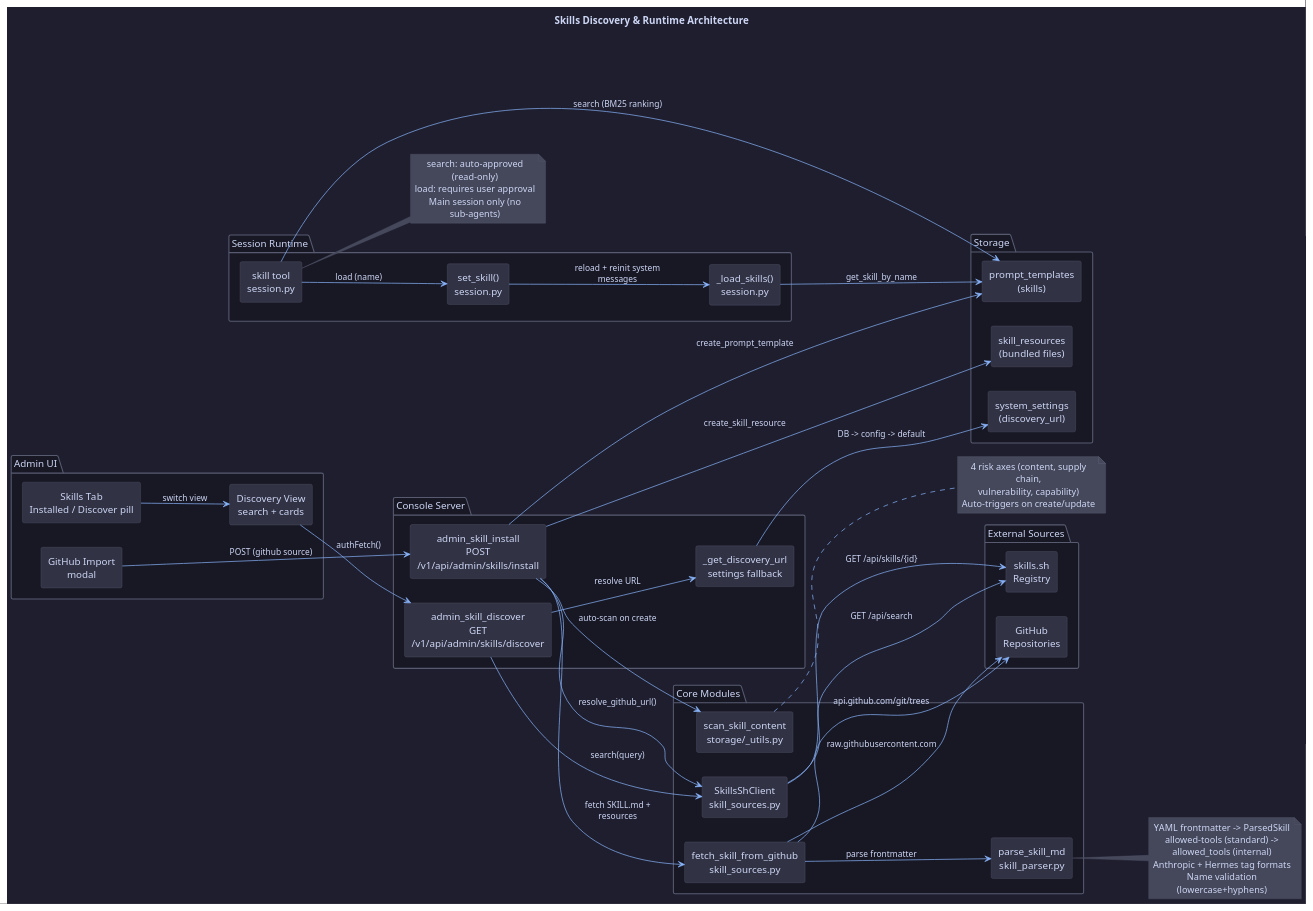
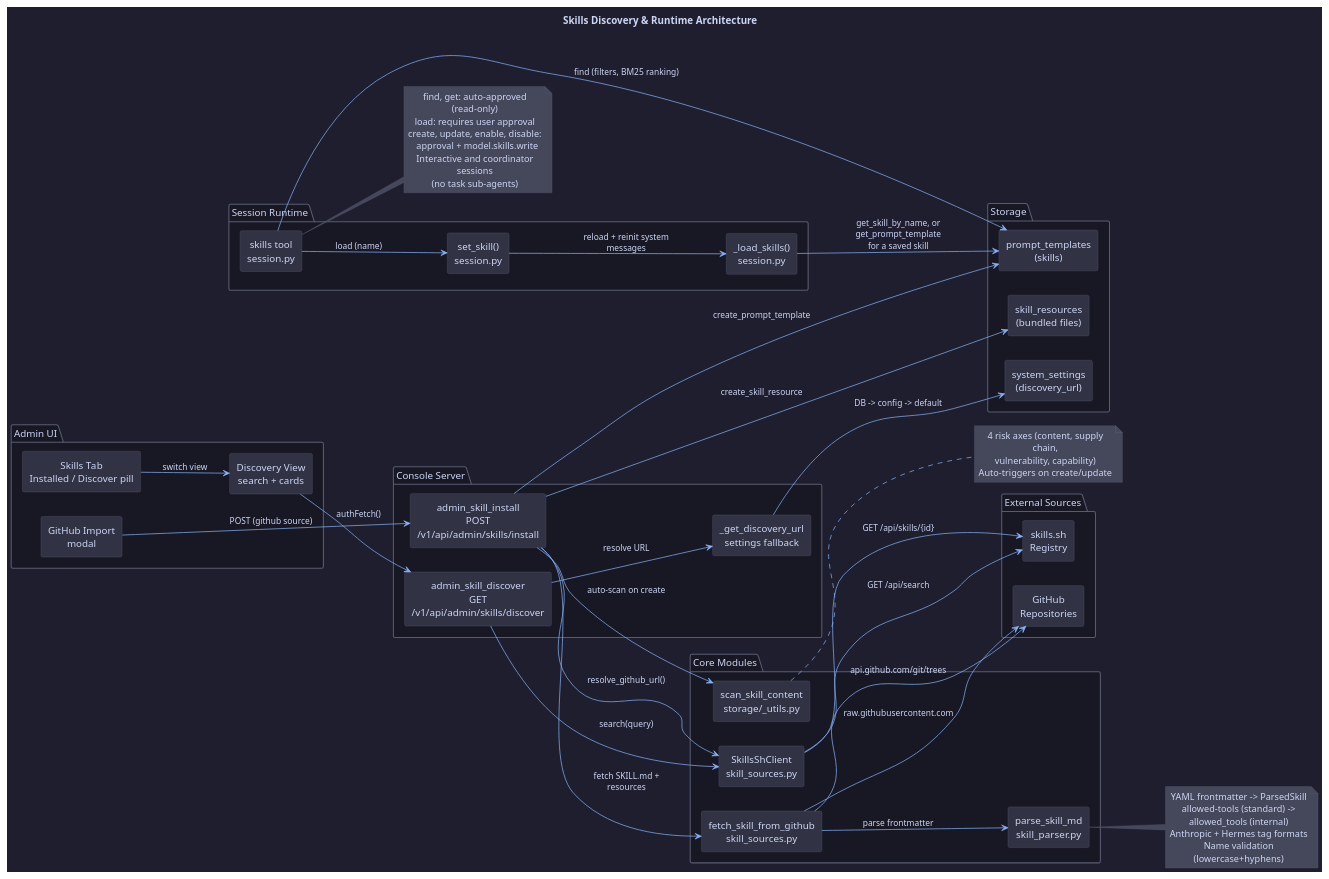
Before and after one commit to turnstonelabs/turnstone: the diagram in docs/diagrams/26-skills-discovery-architecture.puml, drawn with PlantUML. The commit also changed 84 other files, not shown here.

```diff
--- a/docs/diagrams/26-skills-discovery-architecture.puml
+++ b/docs/diagrams/26-skills-discovery-architecture.puml
@@ -1,100 +1,103 @@
 @startuml
 !include https://raw.githubusercontent.com/plantuml-stdlib/C4-PlantUML/master/C4_Component.puml
 LAYOUT_LEFT_RIGHT()
 
 title Skills Discovery & Runtime Architecture
 
 skinparam backgroundColor #1e1e2e
 skinparam defaultFontColor #cdd6f4
 skinparam defaultFontName "JetBrains Mono"
 skinparam arrowColor #89b4fa
 skinparam rectangleBorderColor #585b70
 skinparam rectangleBackgroundColor #313244
 skinparam noteBorderColor #585b70
 skinparam noteBackgroundColor #45475a
 skinparam packageBorderColor #585b70
 
 package "External Sources" as ext #181825 {
   rectangle "skills.sh\nRegistry" as skillssh
   rectangle "GitHub\nRepositories" as github
 }
 
 package "Console Server" as console #181825 {
   rectangle "admin_skill_discover\nGET /v1/api/admin/skills/discover" as discover
   rectangle "admin_skill_install\nPOST /v1/api/admin/skills/install" as install
   rectangle "_get_discovery_url\nsettings fallback" as settings
 }
 
 package "Core Modules" as core #181825 {
   rectangle "SkillsShClient\nskill_sources.py" as client
   rectangle "fetch_skill_from_github\nskill_sources.py" as fetcher
   rectangle "parse_skill_md\nskill_parser.py" as parser
   rectangle "scan_skill_content\nstorage/_utils.py" as scanner
 }
 
 package "Session Runtime" as runtime #181825 {
-  rectangle "skill tool\nsession.py" as loadtool
+  rectangle "skills tool\nsession.py" as loadtool
   rectangle "set_skill()\nsession.py" as setskill
   rectangle "_load_skills()\nsession.py" as loadskills
 }
 
 package "Storage" as storage #181825 {
   rectangle "prompt_templates\n(skills)" as skills_table
   rectangle "skill_resources\n(bundled files)" as resources_table
   rectangle "system_settings\n(discovery_url)" as settings_table
 }
 
 package "Admin UI" as ui #181825 {
   rectangle "Skills Tab\nInstalled / Discover pill" as pill
   rectangle "Discovery View\nsearch + cards" as discoverui
   rectangle "GitHub Import\nmodal" as importui
 }
 
 ' External discovery flow
 discover --> settings : resolve URL
 settings --> settings_table : DB -> config -> default
 discover --> client : search(query)
 client --> skillssh : GET /api/search
 
 install --> client : resolve_github_url()
 client --> skillssh : GET /api/skills/{id}
 install --> fetcher : fetch SKILL.md + resources
 fetcher --> github : raw.githubusercontent.com
 fetcher --> github : api.github.com/git/trees
 fetcher --> parser : parse frontmatter
 install --> scanner : auto-scan on create
 install --> skills_table : create_prompt_template
 install --> resources_table : create_skill_resource
 
 ' Runtime skill loading flow
-loadtool --> skills_table : search (BM25 ranking)
+loadtool --> skills_table : find (filters, BM25 ranking)
 loadtool --> setskill : load (name)
 setskill --> loadskills : reload + reinit system messages
-loadskills --> skills_table : get_skill_by_name
+loadskills --> skills_table : get_skill_by_name, or\nget_prompt_template\nfor a saved skill
 
 ' UI flow
 pill --> discoverui : switch view
 discoverui --> discover : authFetch()
 importui --> install : POST (github source)
 
 ' Annotations
 note right of parser
   YAML frontmatter -> ParsedSkill
   allowed-tools (standard) -> allowed_tools (internal)
   Anthropic + Hermes tag formats
   Name validation (lowercase+hyphens)
 end note
 
 note right of loadtool
-  search: auto-approved (read-only)
+  find, get: auto-approved (read-only)
   load: requires user approval
-  Main session only (no sub-agents)
+  create, update, enable, disable:
+    approval + model.skills.write
+  Interactive and coordinator sessions
+  (no task sub-agents)
 end note
 
 note right of scanner
   4 risk axes (content, supply chain,
   vulnerability, capability)
   Auto-triggers on create/update
 end note
 
 @enduml
```
